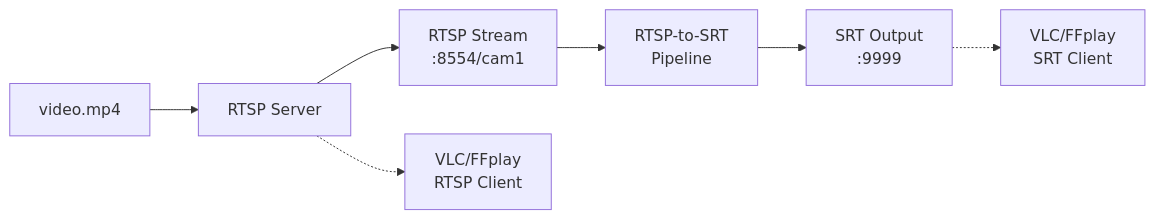
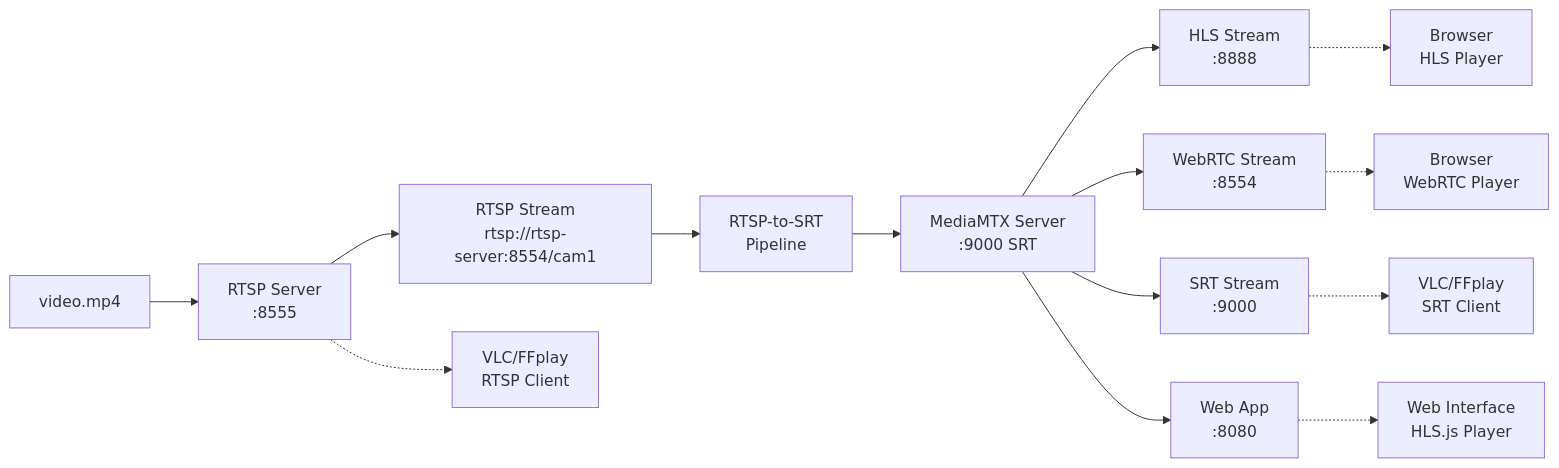
The diagram in README.md (LulianoM/paladium-pipeline), drawn with Mermaid before and after one commit. The commit also changed other lines of this file and 11 other files, not shown here.

````diff
--- a/README.md
+++ b/README.md
@@ -19,10 +20,17 @@
 ```mermaid
 graph LR
-    A[video.mp4] --> B[RTSP Server]
-    B --> C[RTSP Stream<br/>:8554/cam1]
+    A[video.mp4] --> B[RTSP Server<br/>:8555]
+    B --> C[RTSP Stream<br/>rtsp://rtsp-server:8554/cam1]
     C --> D[RTSP-to-SRT<br/>Pipeline]
-    D --> E[SRT Output<br/>:9999]
+    D --> E[MediaMTX Server<br/>:9000 SRT]
+    E --> F[HLS Stream<br/>:8888]
+    E --> G[WebRTC Stream<br/>:8554]
+    E --> H[SRT Stream<br/>:9000]
+    E --> I[Web App<br/>:8080]
     
-    B -.-> F[VLC/FFplay<br/>RTSP Client]
-    E -.-> G[VLC/FFplay<br/>SRT Client]
+    B -.-> J[VLC/FFplay<br/>RTSP Client]
+    F -.-> K[Browser<br/>HLS Player]
+    G -.-> L[Browser<br/>WebRTC Player]
+    H -.-> M[VLC/FFplay<br/>SRT Client]
+    I -.-> N[Web Interface<br/>HLS.js Player]
 ```
````
